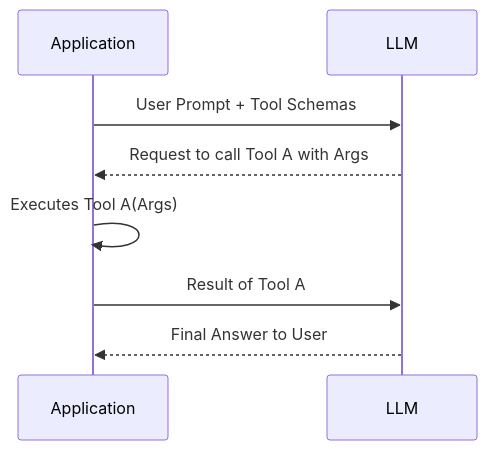
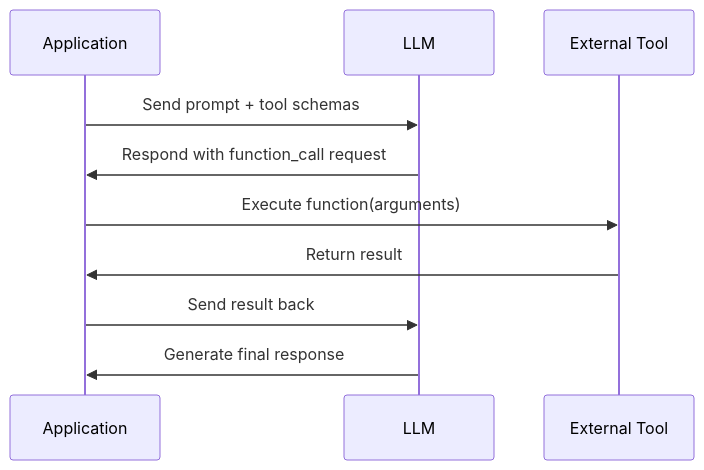
One commit to shoaibkhanz/agentic-ai-engineering-course changed the first of 2 diagrams in lessons/06_tools/article.md. Above: the diagram before and after it, drawn with Mermaid. The commit also changed other lines of this file and 1 other file, not shown here.

Commit message:
feat: generate again lesson 6 article

````diff
--- a/lessons/06_tools/article.md
+++ b/lessons/06_tools/article.md
@@ -29,10 +26,13 @@
 ```mermaid
 sequenceDiagram
     participant App as Application
     participant LLM
-    App->>LLM: User Prompt + Tool Schemas
-    LLM-->>App: Request to call Tool A with Args
-    App->>App: Executes Tool A(Args)
-    App->>LLM: Result of Tool A
-    LLM-->>App: Final Answer to User
+    participant Tool as External Tool
+
+    App->>LLM: Send prompt + tool schemas
+    LLM->>App: Respond with function_call request
+    App->>Tool: Execute function(arguments)
+    Tool->>App: Return result
+    App->>LLM: Send result back
+    LLM->>App: Generate final response
 ```
````
